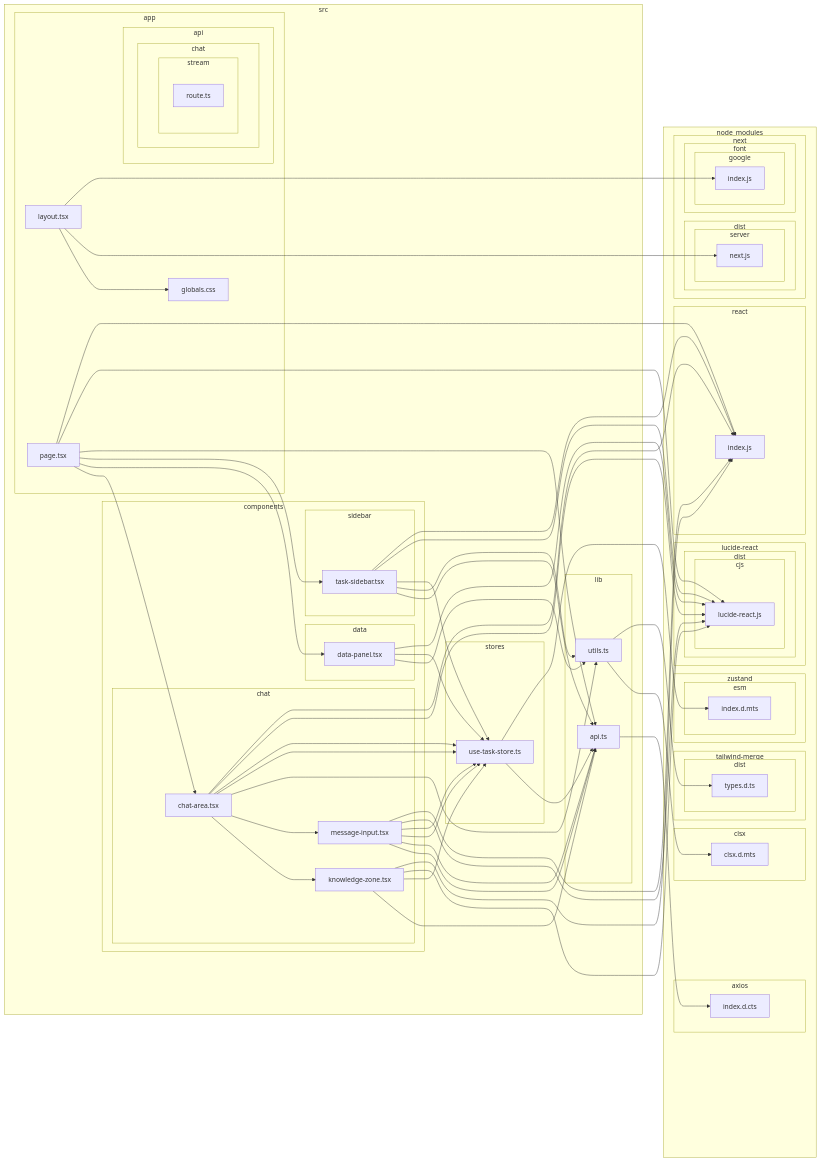
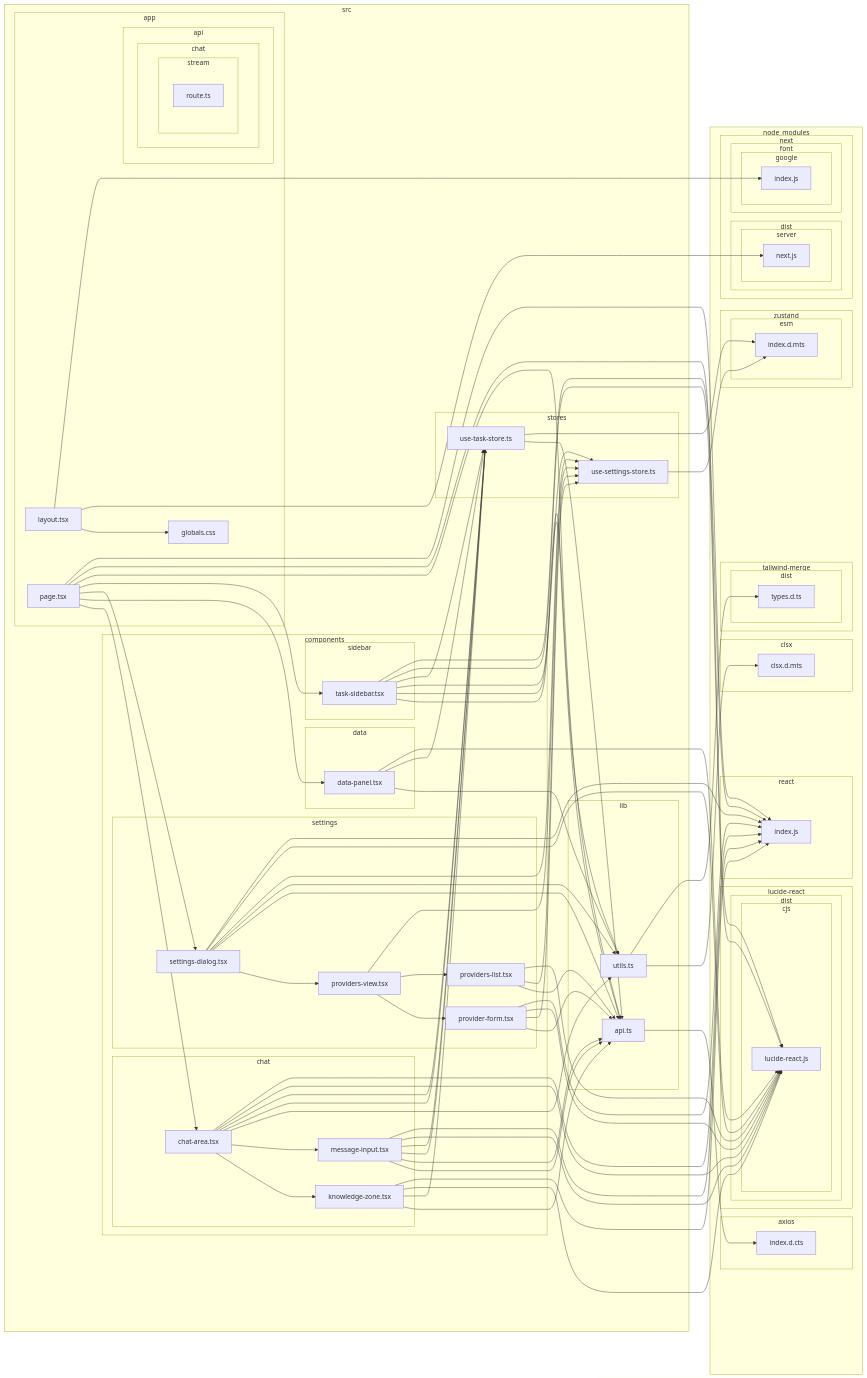
One commit to enotx/owlai changed the diagram in project_context.md. Above: the diagram before and after it, drawn with Mermaid. The commit also changed other lines of this file and 12 other files, not shown here.

Commit message:
settings dialog - half way

````diff
--- a/project_context.md
+++ b/project_context.md
@@ -108,8 +112,14 @@
 subgraph 17["data"]
 18["data-panel.tsx"]
 end
-subgraph 19["sidebar"]
-1A["task-sidebar.tsx"]
+subgraph 19["settings"]
+1A["settings-dialog.tsx"]
+1B["providers-view.tsx"]
+1C["provider-form.tsx"]
+1E["providers-list.tsx"]
+end
+subgraph 1F["sidebar"]
+1G["task-sidebar.tsx"]
 end
 end
 subgraph R["lib"]
@@ -118,6 +128,7 @@
 end
 subgraph V["stores"]
 W["use-task-store.ts"]
+1D["use-settings-store.ts"]
 end
 end
 subgraph 8["node_modules"]
@@ -166,6 +177,7 @@
 G-->P
 G-->18
 G-->1A
+G-->1G
 G-->S
 G-->K
 G-->M
@@ -194,9 +206,27 @@
 18-->11
 18-->W
 18-->K
+1A-->1B
 1A-->S
 1A-->11
-1A-->W
+1A-->1D
 1A-->K
 1A-->M
+1B-->1C
+1B-->1E
+1B-->1D
+1C-->S
+1C-->1D
+1C-->K
+1C-->M
+1D-->Z
+1E-->S
+1E-->1D
+1E-->K
+1G-->S
+1G-->11
+1G-->1D
+1G-->W
+1G-->K
+1G-->M
 ```
````
